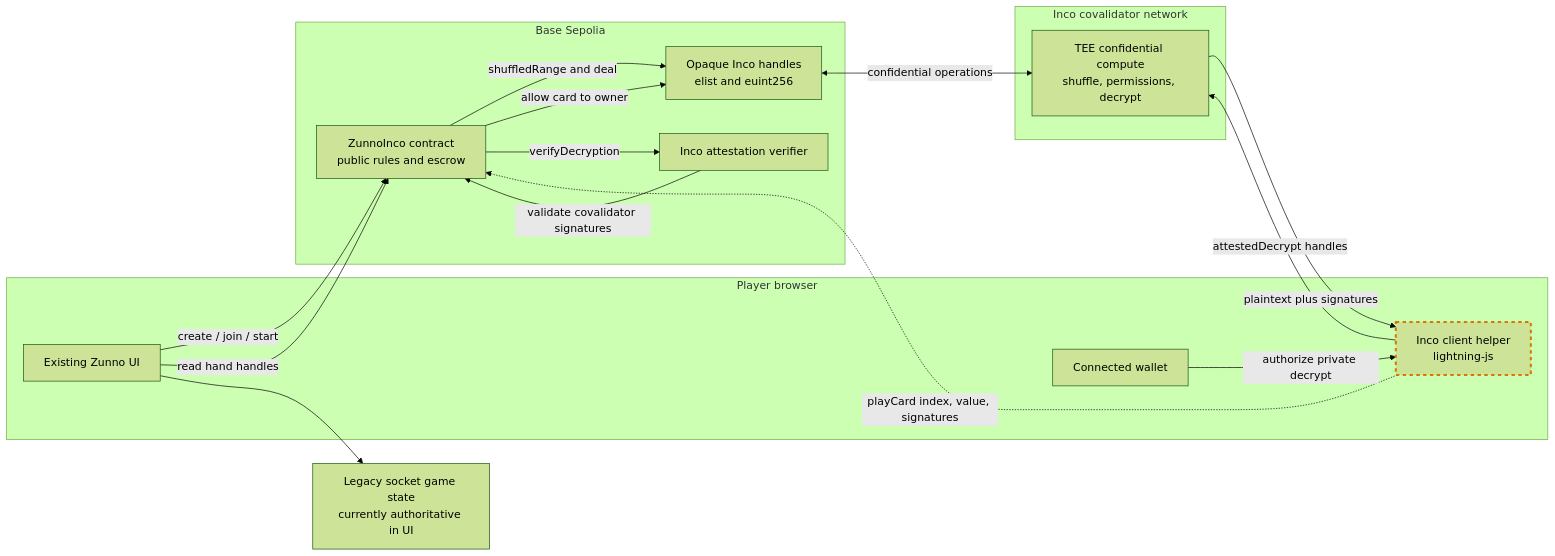
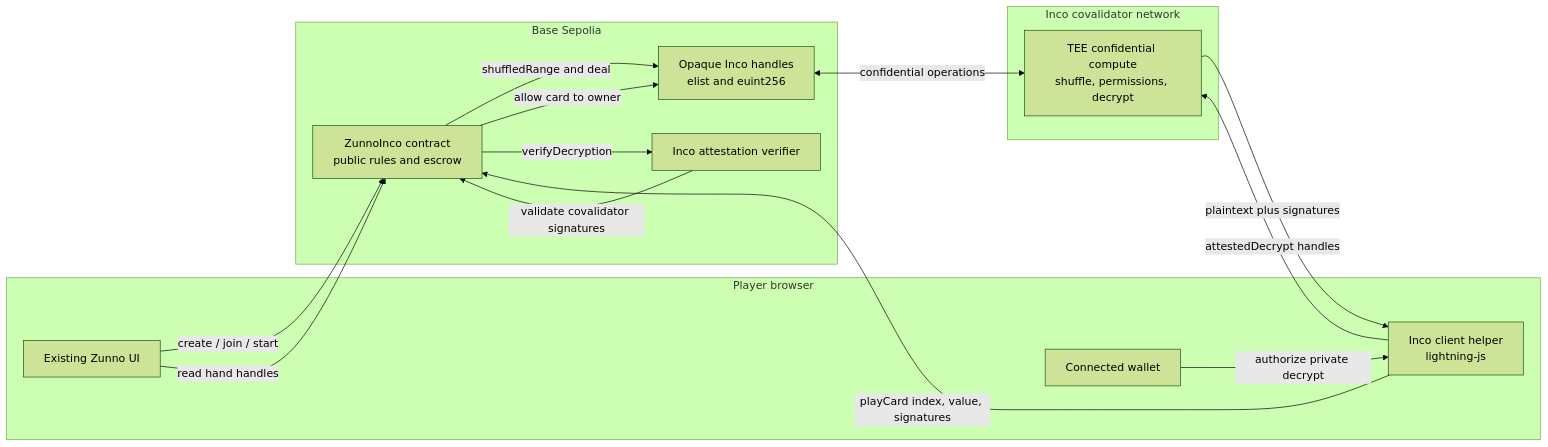
The first of 2 diagrams in docs/INCO_INTEGRATION.md (ayush4345/zunno-inco), drawn with Mermaid (forest theme) before and after one commit. The commit also changed other lines of this file and 1 other file, not shown here.

Commit message:
docs: describe live confidential game flow

````diff
--- a/docs/INCO_INTEGRATION.md
+++ b/docs/INCO_INTEGRATION.md
@@ -23,36 +23,30 @@
 ```mermaid
 flowchart LR
     subgraph Browser[Player browser]
         UI[Existing Zunno UI]
         SDK[Inco client helper<br/>lightning-js]
         Wallet[Connected wallet]
     end
 
     subgraph Base[Base Sepolia]
         Game[ZunnoInco contract<br/>public rules and escrow]
         Handles[Opaque Inco handles<br/>elist and euint256]
         Verify[Inco attestation verifier]
     end
 
     subgraph Inco[Inco covalidator network]
         TEE[TEE confidential compute<br/>shuffle, permissions, decrypt]
     end
 
     UI -->|create / join / start| Game
     Game -->|shuffledRange and deal| Handles
     Handles <-->|confidential operations| TEE
     Game -->|allow card to owner| Handles
     UI -->|read hand handles| Game
     Wallet -->|authorize private decrypt| SDK
     SDK -->|attestedDecrypt handles| TEE
     TEE -->|plaintext plus signatures| SDK
-    SDK -.->|playCard index, value, signatures| Game
+    SDK -->|playCard index, value, signatures| Game
     Game -->|verifyDecryption| Verify
     Verify -->|validate covalidator signatures| Game
-
-    Legacy[Legacy socket game state<br/>currently authoritative in UI]
-    UI --> Legacy
-
-    classDef gap stroke:#d97706,stroke-width:3px,stroke-dasharray:5 5;
-    class SDK gap;
 ```
````
